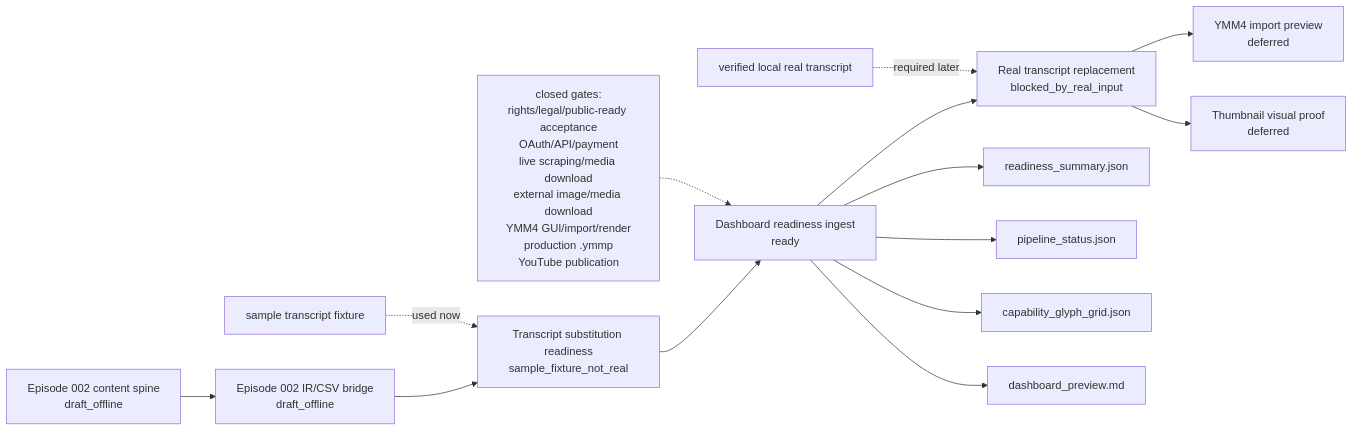
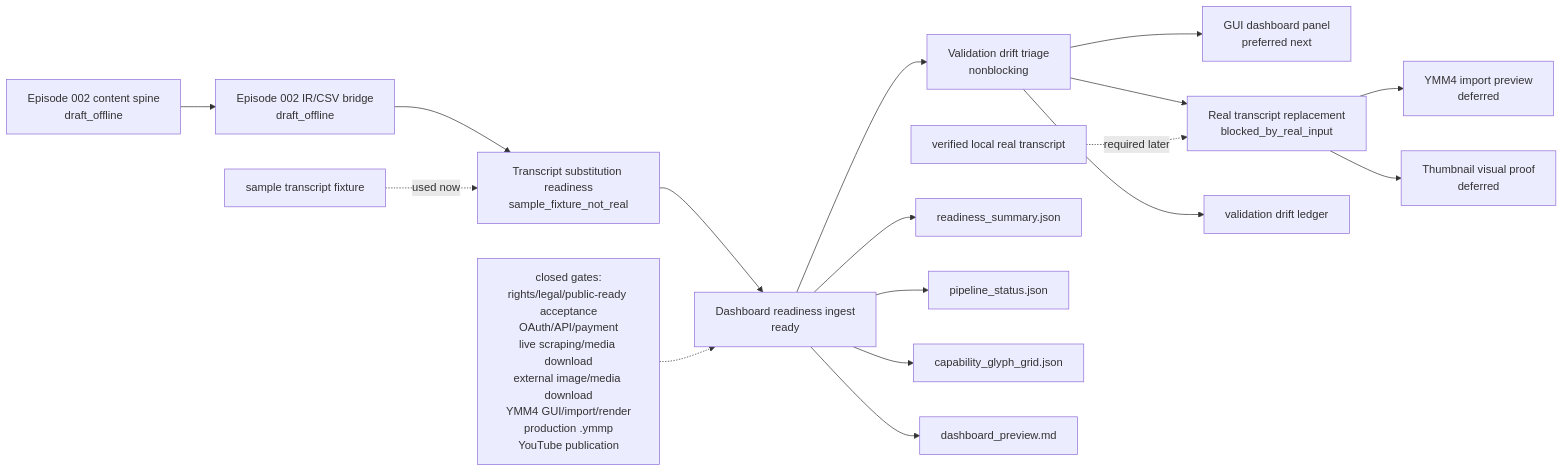
Before and after one commit to YuShimoji/NLMYTGen: the diagram in docs/PROJECT_PIPELINE.mmd, drawn with Mermaid. The commit also changed 4 other files, not shown here.

Commit message:
docs: triage validation drift for product velocity

```diff
--- a/docs/PROJECT_PIPELINE.mmd
+++ b/docs/PROJECT_PIPELINE.mmd
@@ -1,17 +1,20 @@
 flowchart LR
     A["Episode 002 content spine<br/>draft_offline"] --> B["Episode 002 IR/CSV bridge<br/>draft_offline"]
     B --> C["Transcript substitution readiness<br/>sample_fixture_not_real"]
     C --> D["Dashboard readiness ingest<br/>ready"]
-    D --> E["Real transcript replacement<br/>blocked_by_real_input"]
+    D --> T["Validation drift triage<br/>nonblocking"]
+    T --> P["GUI dashboard panel<br/>preferred next"]
+    T --> E["Real transcript replacement<br/>blocked_by_real_input"]
     E --> F["YMM4 import preview<br/>deferred"]
     E --> G["Thumbnail visual proof<br/>deferred"]
 
     H["sample transcript fixture"] -. "used now" .-> C
     I["verified local real transcript"] -. "required later" .-> E
 
+    T --> O["validation drift ledger"]
     D --> J["readiness_summary.json"]
     D --> K["pipeline_status.json"]
     D --> L["capability_glyph_grid.json"]
     D --> M["dashboard_preview.md"]
 
     N["closed gates:<br/>rights/legal/public-ready acceptance<br/>OAuth/API/payment<br/>live scraping/media download<br/>external image/media download<br/>YMM4 GUI/import/render<br/>production .ymmp<br/>YouTube publication"] -.-> D
```
